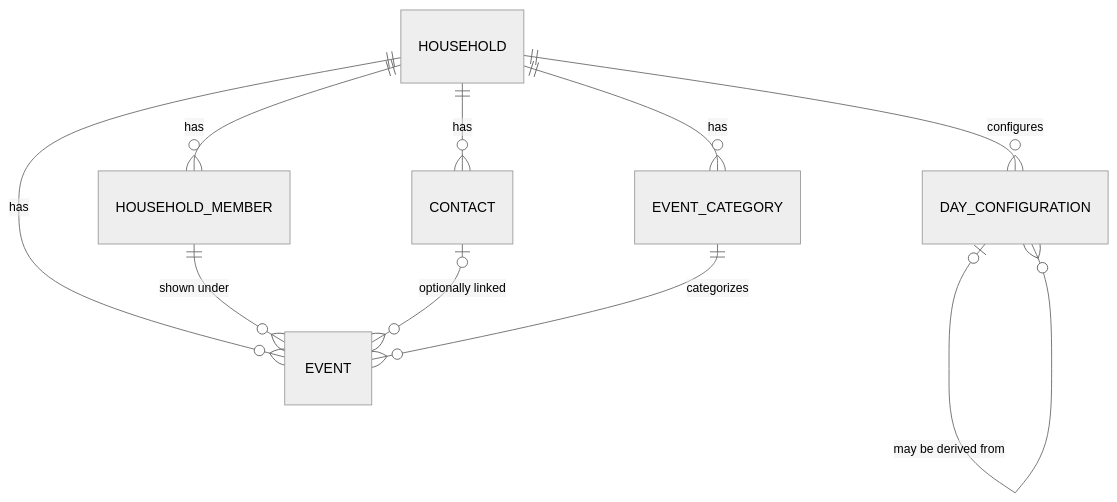
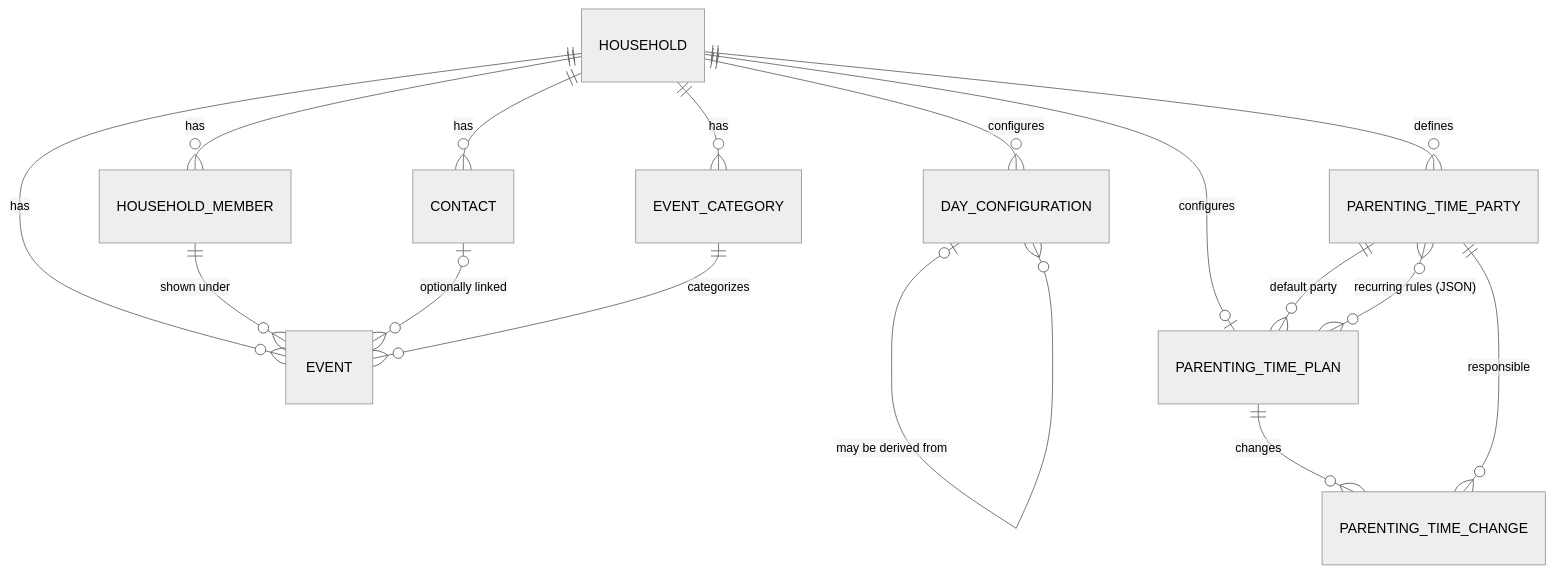
The diagram in docs/DATA_MODEL.md (ivoarnet/family-butler-v2), drawn with Mermaid (neutral theme) before and after one commit. The commit also changed other lines of this file and 8 other files, not shown here.

Commit message:
Add parenting-time persistence and tests

````diff
--- a/docs/DATA_MODEL.md
+++ b/docs/DATA_MODEL.md
@@ -15,12 +15,18 @@
 ```mermaid
 erDiagram
     HOUSEHOLD ||--o{ HOUSEHOLD_MEMBER : has
     HOUSEHOLD ||--o{ CONTACT : has
     HOUSEHOLD ||--o{ EVENT_CATEGORY : has
     HOUSEHOLD ||--o{ EVENT : has
     HOUSEHOLD ||--o{ DAY_CONFIGURATION : configures
+    HOUSEHOLD ||--o{ PARENTING_TIME_PARTY : defines
+    HOUSEHOLD ||--o| PARENTING_TIME_PLAN : configures
+    PARENTING_TIME_PARTY ||--o{ PARENTING_TIME_PLAN : "default party"
+    PARENTING_TIME_PLAN ||--o{ PARENTING_TIME_CHANGE : changes
+    PARENTING_TIME_PARTY ||--o{ PARENTING_TIME_CHANGE : responsible
     HOUSEHOLD_MEMBER ||--o{ EVENT : "shown under"
     CONTACT o|--o{ EVENT : "optionally linked"
     EVENT_CATEGORY ||--o{ EVENT : categorizes
     DAY_CONFIGURATION o|--o{ DAY_CONFIGURATION : "may be derived from"
+    PARENTING_TIME_PARTY }o--o{ PARENTING_TIME_PLAN : "recurring rules (JSON)"
 ```
````
